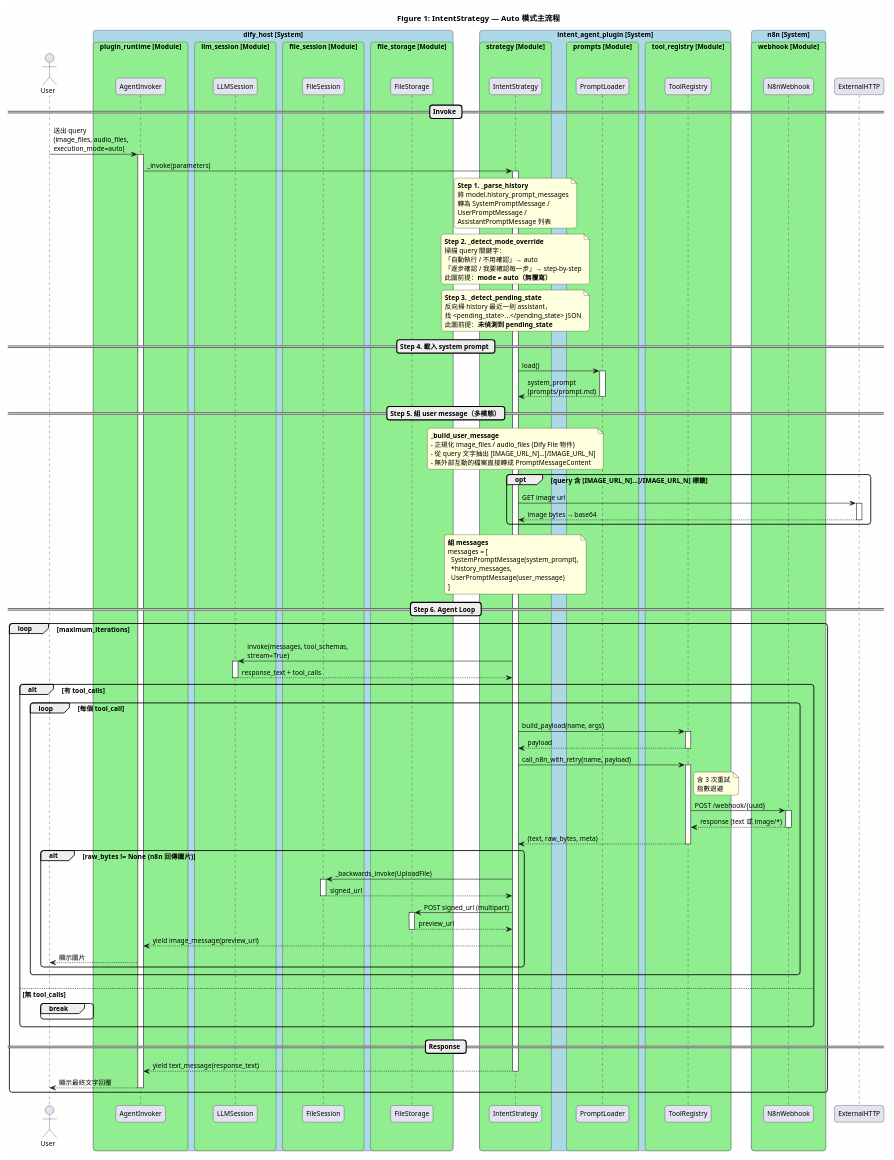
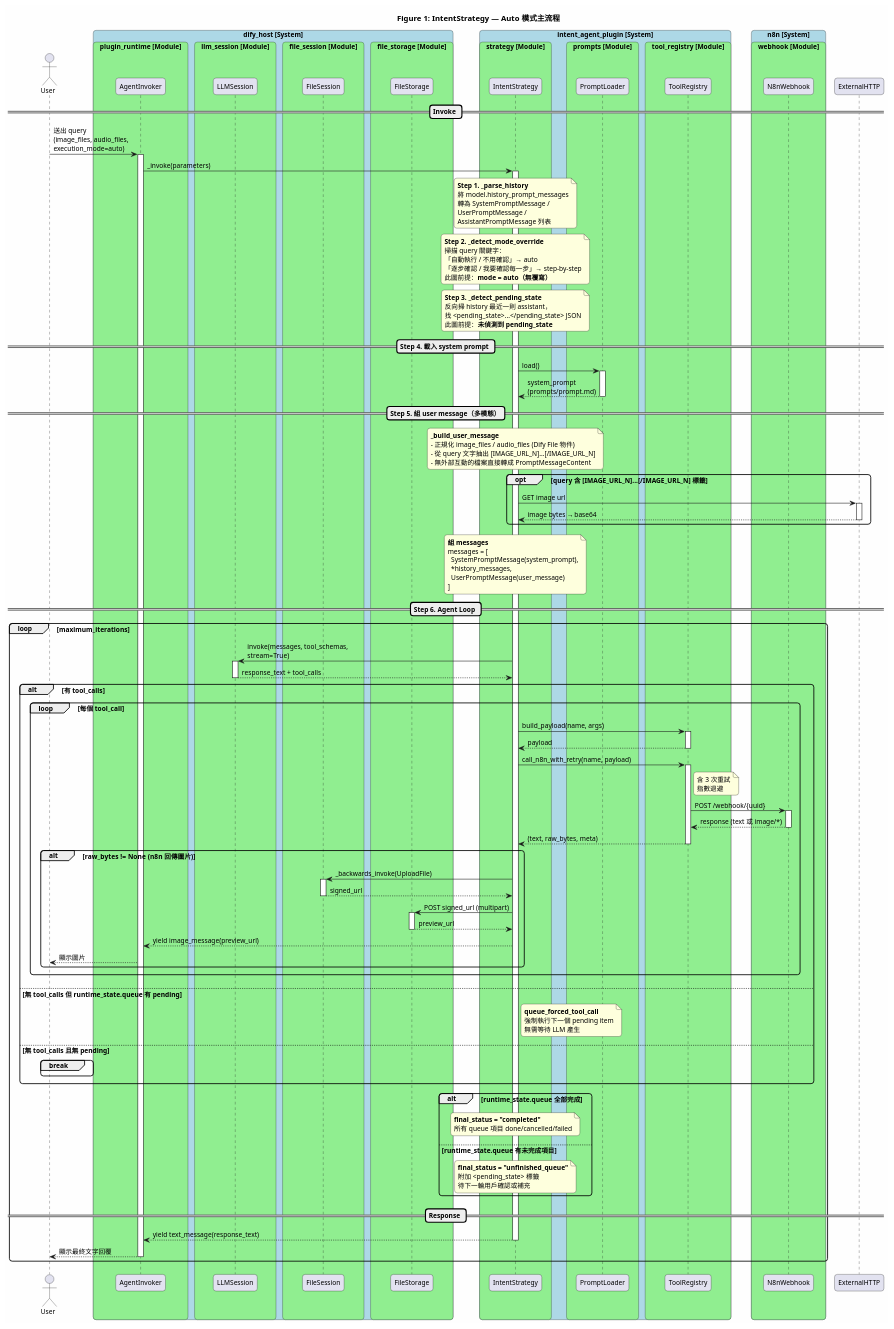
Before and after one commit to cai-yihua/ITRI-Intent-Based: the diagram in dify-version/v5.0/intent-agent/_assets/sequence_normal.puml, drawn with PlantUML. The commit also changed 9 other files, not shown here.

First line of the commit message:
feat: Integrate multimodal audio/image flow into intent-agent plugin

```diff
--- a/dify-version/v5.0/intent-agent/_assets/sequence_normal.puml
+++ b/dify-version/v5.0/intent-agent/_assets/sequence_normal.puml
@@ -1,162 +1,177 @@
 @startuml
 ' Figure 1: IntentStrategy Auto 模式主流程
 !pragma teoz true
 title Figure 1: IntentStrategy — Auto 模式主流程
 skinparam backgroundColor #fefefe
 skinparam roundcorner 10
 skinparam DefaultFontSize 12
 skinparam DefaultFontName Arial
 skinparam maxMessageSize 200
 
 actor User
 
 box "dify_host [System]" #LightBlue
     box "plugin_runtime [Module]" #LightGreen
         participant AgentInvoker as "AgentInvoker"
     end box
     box "llm_session [Module]" #LightGreen
         participant LLMSession as "LLMSession"
     end box
     box "file_session [Module]" #LightGreen
         participant FileSession as "FileSession"
     end box
     box "file_storage [Module]" #LightGreen
         participant FileStorage as "FileStorage"
     end box
 end box
 
 box "intent_agent_plugin [System]" #LightBlue
     box "strategy [Module]" #LightGreen
         participant IntentStrategy as "IntentStrategy"
     end box
     box "prompts [Module]" #LightGreen
         participant PromptLoader as "PromptLoader"
     end box
     box "tool_registry [Module]" #LightGreen
         participant ToolRegistry as "ToolRegistry"
     end box
 end box
 
 box "n8n [System]" #LightBlue
     box "webhook [Module]" #LightGreen
         participant N8nWebhook as "N8nWebhook"
     end box
 end box
 
 participant ExternalHTTP as "ExternalHTTP"
 
 == Invoke ==
 
 User -> AgentInvoker: 送出 query\n(image_files, audio_files, execution_mode=auto)
 activate AgentInvoker
 AgentInvoker -> IntentStrategy: _invoke(parameters)
 activate IntentStrategy
 
 note over IntentStrategy
   **Step 1. _parse_history**
   將 model.history_prompt_messages
   轉為 SystemPromptMessage /
   UserPromptMessage /
   AssistantPromptMessage 列表
 end note
 
 note over IntentStrategy
   **Step 2. _detect_mode_override**
   掃描 query 關鍵字：
   「自動執行 / 不用確認」→ auto
   「逐步確認 / 我要確認每一步」→ step-by-step
   此圖前提：**mode = auto（無覆寫）**
 end note
 
 note over IntentStrategy
   **Step 3. _detect_pending_state**
   反向掃 history 最近一則 assistant，
   找 <pending_state>...</pending_state> JSON
   此圖前提：**未偵測到 pending_state**
 end note
 
 == Step 4. 載入 system prompt ==
 
 IntentStrategy -> PromptLoader: load()
 activate PromptLoader
 PromptLoader --> IntentStrategy: system_prompt (prompts/prompt.md)
 deactivate PromptLoader
 
 == Step 5. 組 user message（多模態）==
 
 note over IntentStrategy
   **_build_user_message**
   - 正規化 image_files / audio_files (Dify File 物件)
   - 從 query 文字抽出 [IMAGE_URL_N]...[/IMAGE_URL_N]
   - 無外部互動的檔案直接轉成 PromptMessageContent
 end note
 
 opt query 含 [IMAGE_URL_N]...[/IMAGE_URL_N] 標籤
     IntentStrategy -> ExternalHTTP: GET image url
     activate ExternalHTTP
     ExternalHTTP --> IntentStrategy: image bytes → base64
     deactivate ExternalHTTP
 end
 
 note over IntentStrategy
   **組 messages**
   messages = [
     SystemPromptMessage(system_prompt),
     *history_messages,
     UserPromptMessage(user_message)
   ]
 end note
 
 == Step 6. Agent Loop ==
 
 loop maximum_iterations
     IntentStrategy -> LLMSession: invoke(messages, tool_schemas, stream=True)
     activate LLMSession
     LLMSession --> IntentStrategy: response_text + tool_calls
     deactivate LLMSession
 
     alt 有 tool_calls
         loop 每個 tool_call
             IntentStrategy -> ToolRegistry: build_payload(name, args)
             activate ToolRegistry
             ToolRegistry --> IntentStrategy: payload
             deactivate ToolRegistry
 
             IntentStrategy -> ToolRegistry: call_n8n_with_retry(name, payload)
             activate ToolRegistry
             note right of ToolRegistry: 含 3 次重試\n指數退避
             ToolRegistry -> N8nWebhook: POST /webhook/{uuid}
             activate N8nWebhook
             N8nWebhook --> ToolRegistry: response (text 或 image/*)
             deactivate N8nWebhook
             ToolRegistry --> IntentStrategy: (text, raw_bytes, meta)
             deactivate ToolRegistry
 
             alt raw_bytes != None  (n8n 回傳圖片)
                 IntentStrategy -> FileSession: _backwards_invoke(UploadFile)
                 activate FileSession
                 FileSession --> IntentStrategy: signed_url
                 deactivate FileSession
 
                 IntentStrategy -> FileStorage: POST signed_url (multipart)
                 activate FileStorage
                 FileStorage --> IntentStrategy: preview_url
                 deactivate FileStorage
 
                 IntentStrategy --> AgentInvoker: yield image_message(preview_url)
                 AgentInvoker --> User: 顯示圖片
             end
         end
-    else 無 tool_calls
+    else 無 tool_calls 但 runtime_state.queue 有 pending
+        note right of IntentStrategy: **queue_forced_tool_call**\n強制執行下一個 pending item\n無需等待 LLM 產生
+    else 無 tool_calls 且無 pending
         break
     end
+end
+
+alt runtime_state.queue 全部完成
+    note over IntentStrategy
+        **final_status = "completed"**
+        所有 queue 項目 done/cancelled/failed
+    end note
+else runtime_state.queue 有未完成項目
+    note over IntentStrategy
+        **final_status = "unfinished_queue"**
+        附加 <pending_state> 標籤
+        待下一輪用戶確認或補充
+    end note
 end
 
 == Response ==
 
 IntentStrategy --> AgentInvoker: yield text_message(response_text)
 deactivate IntentStrategy
 AgentInvoker --> User: 顯示最終文字回覆
 deactivate AgentInvoker
 
 @enduml
```
